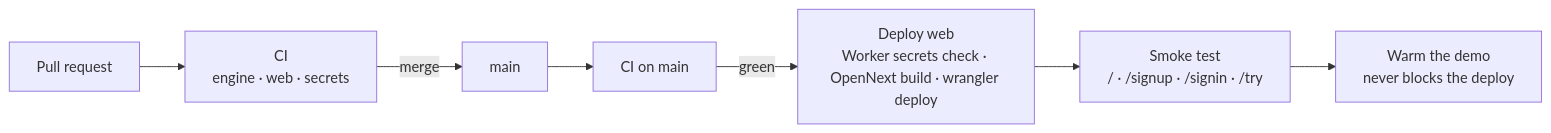
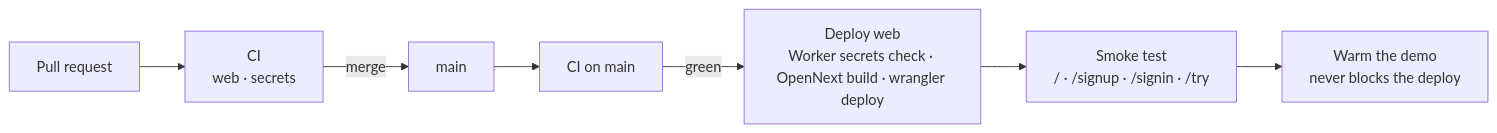
The third of 3 diagrams in README.md (kevinMPO/kerdaxis), drawn with Mermaid before and after one commit. The commit also changed other lines of this file and 54 other files, not shown here.

````diff
--- a/README.md
+++ b/README.md
@@ -247,9 +247,9 @@
 ```mermaid
 flowchart LR
-    PR["Pull request"] --> CI["CI<br/>engine · web · secrets"]
+    PR["Pull request"] --> CI["CI<br/>web · secrets"]
     CI -->|merge| M["main"]
     M --> CI2["CI on main"]
     CI2 -->|green| D["Deploy web<br/>Worker secrets check · OpenNext build · wrangler deploy"]
     D --> S["Smoke test<br/>/ · /signup · /signin · /try"]
     S --> W["Warm the demo<br/>never blocks the deploy"]
 ```
````
